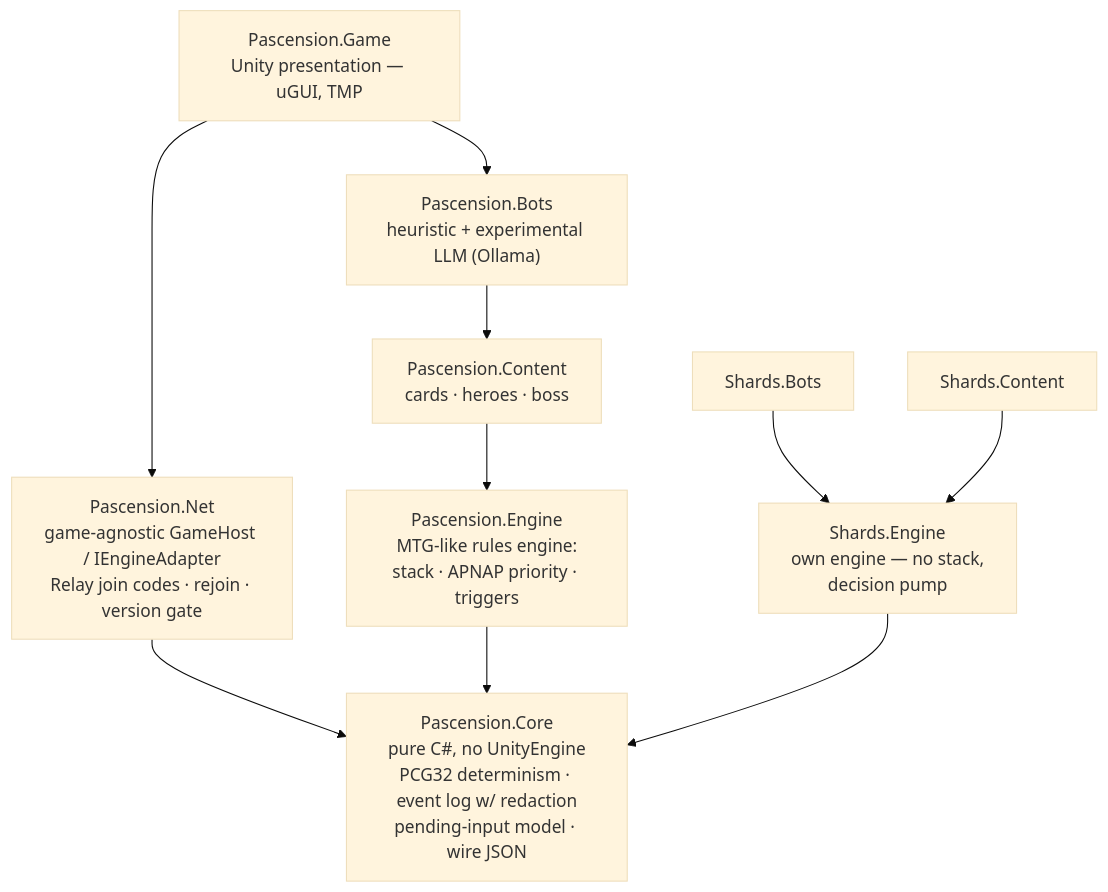
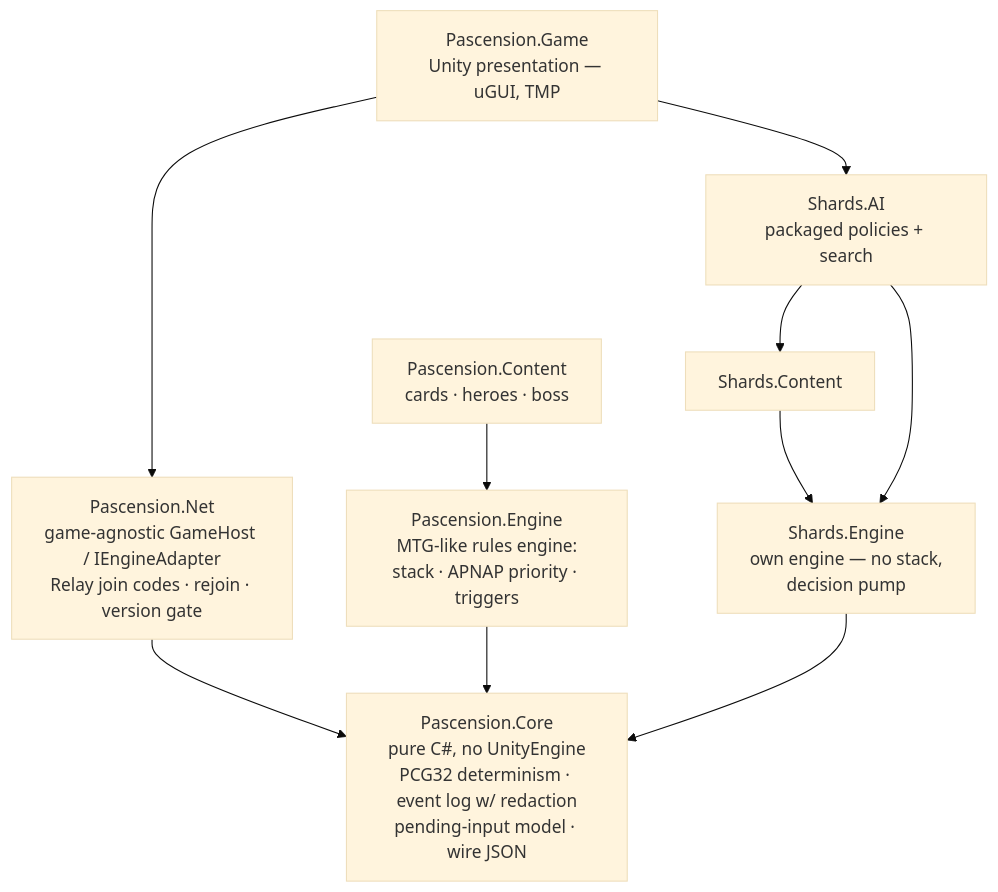
One commit to Shirakawa42/Pascension changed the diagram in README.md. Above: the diagram before and after it, drawn with Mermaid (base theme). The commit also changed other lines of this file and 106 other files, not shown here.

````diff
--- a/README.md
+++ b/README.md
@@ -58,22 +57,21 @@
 ```mermaid
 flowchart TD
     Game["Pascension.Game<br/>Unity presentation — uGUI, TMP"]
     Net["Pascension.Net<br/>game-agnostic GameHost / IEngineAdapter<br/>Relay join codes · rejoin · version gate"]
-    Bots["Pascension.Bots<br/>heuristic + experimental LLM (Ollama)"]
     Content["Pascension.Content<br/>cards · heroes · boss"]
     Engine["Pascension.Engine<br/>MTG-like rules engine:<br/>stack · APNAP priority · triggers"]
     Core["Pascension.Core<br/>pure C#, no UnityEngine<br/>PCG32 determinism · event log w/ redaction<br/>pending-input model · wire JSON"]
-    SBots["Shards.Bots"]
     SContent["Shards.Content"]
+    SAI["Shards.AI<br/>packaged policies + search"]
     SEngine["Shards.Engine<br/>own engine — no stack,<br/>decision pump"]
 
     Game --> Net
-    Game --> Bots
+    Game --> SAI
     Net --> Core
-    Bots --> Content
     Content --> Engine
     Engine --> Core
-    SBots --> SEngine
     SContent --> SEngine
+    SAI --> SContent
+    SAI --> SEngine
     SEngine --> Core
 ```
````
